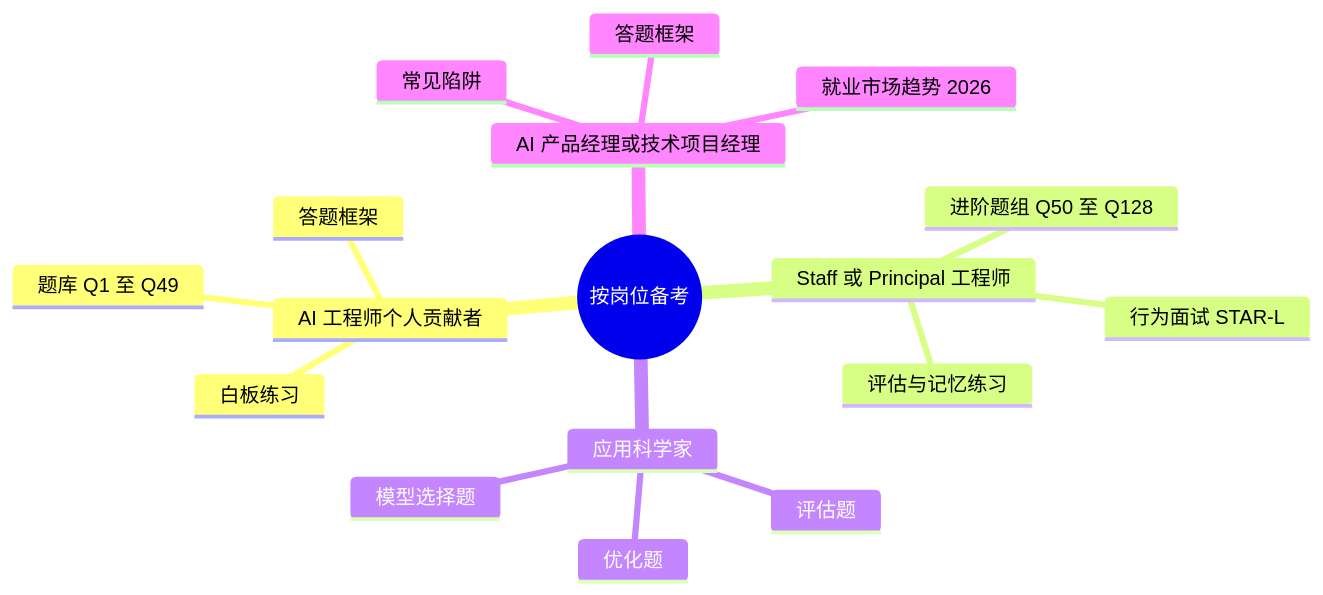
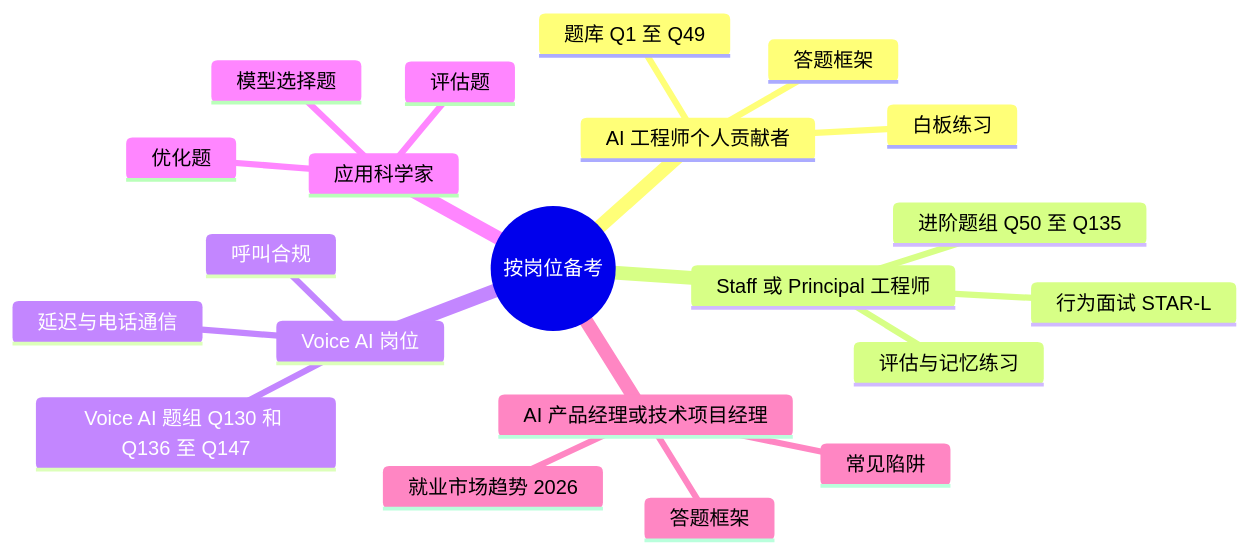
One commit to ChiHoc/ai-system-design-guide-zh changed the second of 2 diagrams in 00-interview-prep/README.md. Above: the diagram before and after it, drawn with Mermaid. The commit also changed other lines of this file and 149 other files, not shown here.

````diff
--- a/00-interview-prep/README.md
+++ b/00-interview-prep/README.md
@@ -32,20 +32,24 @@
 ```mermaid
 mindmap
   root((按岗位备考))
     AI 工程师个人贡献者
       题库 Q1 至 Q49
       答题框架
       白板练习
     Staff 或 Principal 工程师
-      进阶题组 Q50 至 Q128
+      进阶题组 Q50 至 Q135
       行为面试 STAR-L
       评估与记忆练习
+    Voice AI 岗位
+      Voice AI 题组 Q130 和 Q136 至 Q147
+      延迟与电话通信
+      呼叫合规
     应用科学家
       模型选择题
       评估题
       优化题
     AI 产品经理或技术项目经理
       常见陷阱
       就业市场趋势 2026
       答题框架
 ```
````
